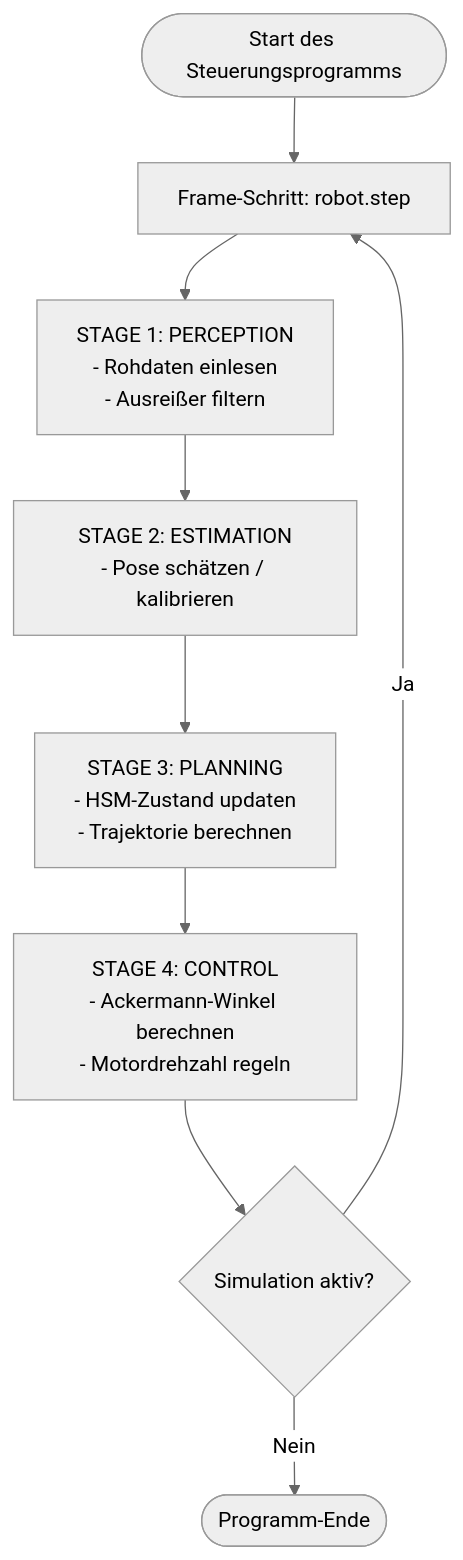
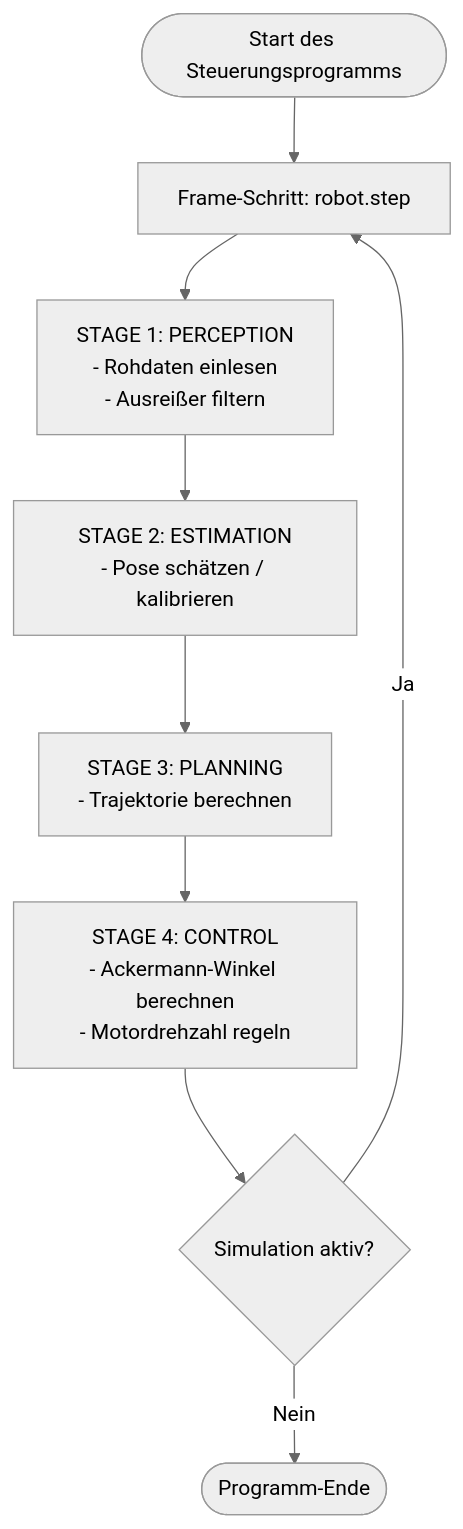
The diagram in docs/architecture.md (Bigfire3/wro-fe-rl-simulation), drawn with Mermaid (neutral theme) before and after one commit. The commit also changed other lines of this file and 8 other files, not shown here.

````diff
--- a/docs/architecture.md
+++ b/docs/architecture.md
@@ -84,11 +80,11 @@
 ```mermaid
 graph TD
     Start([Start des Steuerungsprogramms]) --> Step[Frame-Schritt: robot.step]
     Step --> Stage1[STAGE 1: PERCEPTION<br/>- Rohdaten einlesen<br/>- Ausreißer filtern]
     Stage1 --> Stage2[STAGE 2: ESTIMATION<br/>- Pose schätzen / kalibrieren]
-    Stage2 --> Stage3[STAGE 3: PLANNING<br/>- HSM-Zustand updaten<br/>- Trajektorie berechnen]
+    Stage2 --> Stage3[STAGE 3: PLANNING<br/>- Trajektorie berechnen]
     Stage3 --> Stage4[STAGE 4: CONTROL<br/>- Ackermann-Winkel berechnen<br/>- Motordrehzahl regeln]
     Stage4 --> Check{Simulation aktiv?}
     Check -- Ja --> Step
     Check -- Nein --> End([Programm-Ende])
 ```
````
